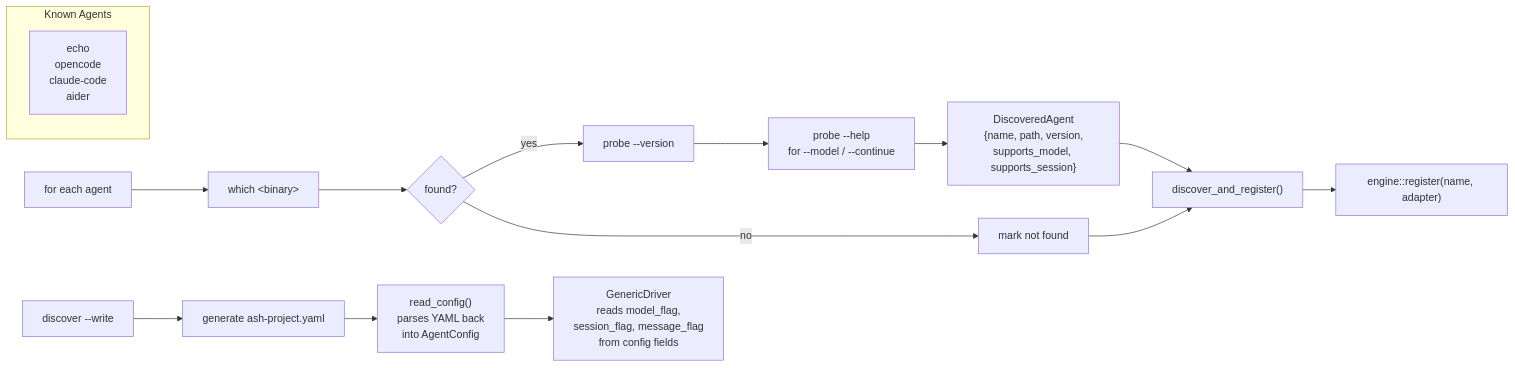
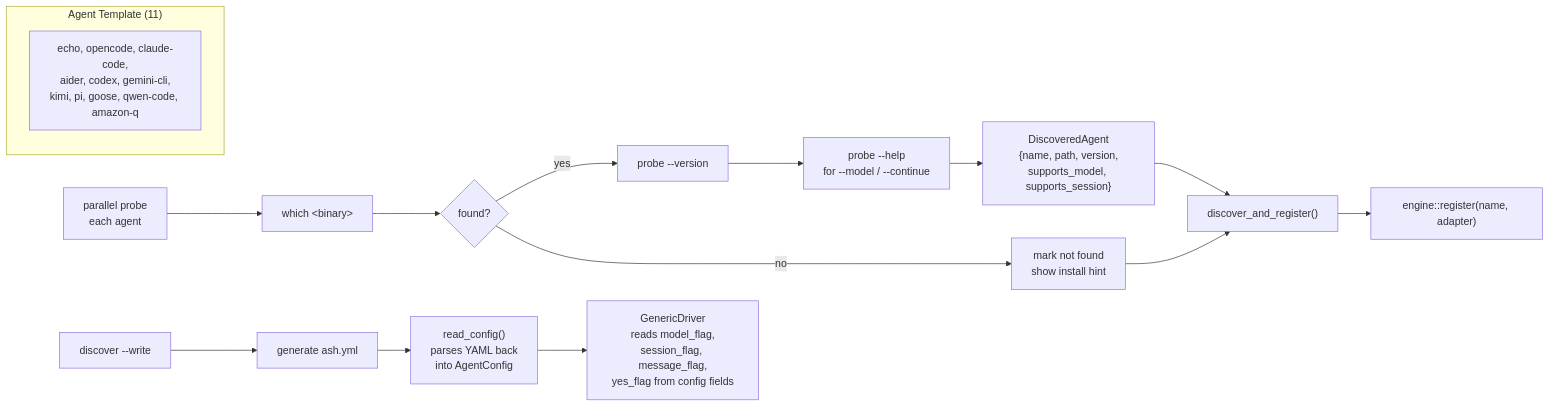
One commit to kenny1125nz/ash-lang changed the sixth of 8 diagrams in ash/docs/architecture.md. Above: the diagram before and after it, drawn with Mermaid. The commit also changed other lines of this file and 19 other files, not shown here.

First line of the commit message:
v0.2.0: agent catalog system with online fallback, yes_flag, parallel discovery

````diff
--- a/ash/docs/architecture.md
+++ b/ash/docs/architecture.md
@@ -346,24 +348,24 @@
 ```mermaid
 flowchart LR
-    subgraph Known["Known Agents"]
-        dirs["echo<br/>opencode<br/>claude-code<br/>aider"]
+    subgraph Template["Agent Template (11)"]
+        dirs["echo, opencode, claude-code,<br/>aider, codex, gemini-cli,<br/>kimi, pi, goose, qwen-code, amazon-q"]
     end
 
-    for_each["for each agent"] --> which["which &lt;binary&gt;"]
+    for_each["parallel probe<br/>each agent"] --> which["which &lt;binary&gt;"]
     which --> found{"found?"}
 
     found -->|yes| version["probe --version"]
-    found -->|no| not_found["mark not found"]
+    found -->|no| not_found["mark not found<br/>show install hint"]
 
     version --> caps["probe --help<br/>for --model / --continue"]
     caps --> result["DiscoveredAgent<br/>{name, path, version,<br/>supports_model, supports_session}"]
 
     result --> register
     not_found --> register
 
     register["discover_and_register()"] --> reg["engine::register(name, adapter)"]
 
-    write_config["discover --write"] --> yaml["generate ash-project.yaml"]
+    write_config["discover --write"] --> yaml["generate ash.yml"]
     yaml --> read["read_config()<br/>parses YAML back<br/>into AgentConfig"]
-    read --> generic["GenericDriver<br/>reads model_flag,<br/>session_flag, message_flag<br/>from config fields"]
+    read --> generic["GenericDriver<br/>reads model_flag,<br/>session_flag, message_flag,<br/>yes_flag from config fields"]
 ```
````
